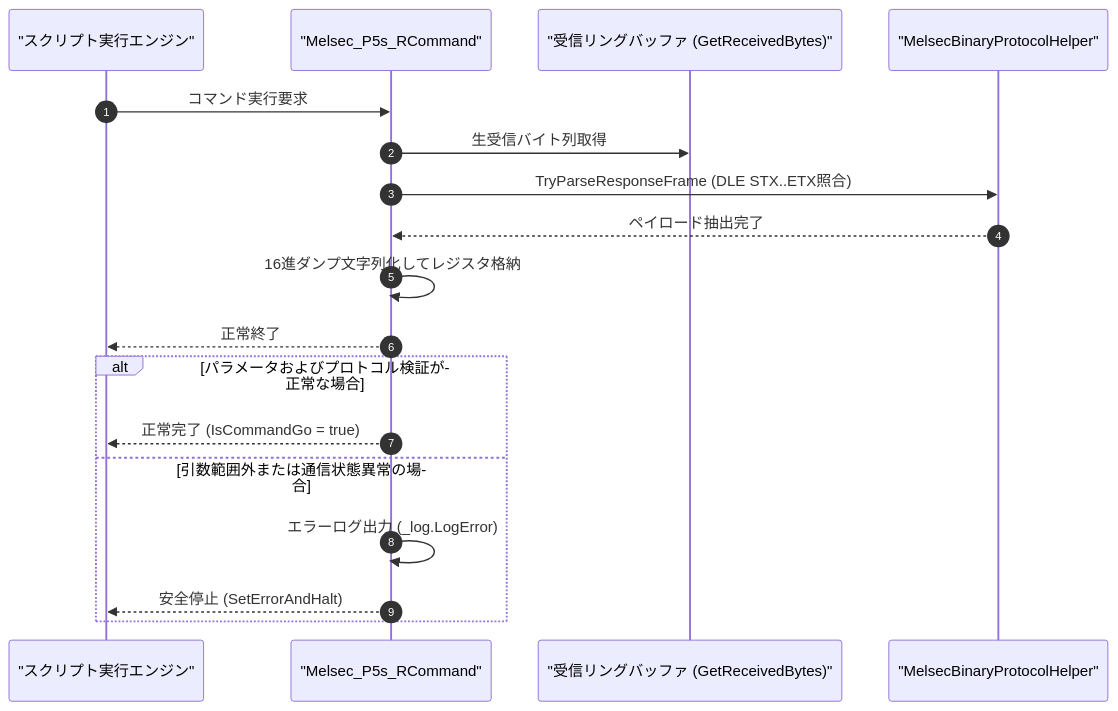
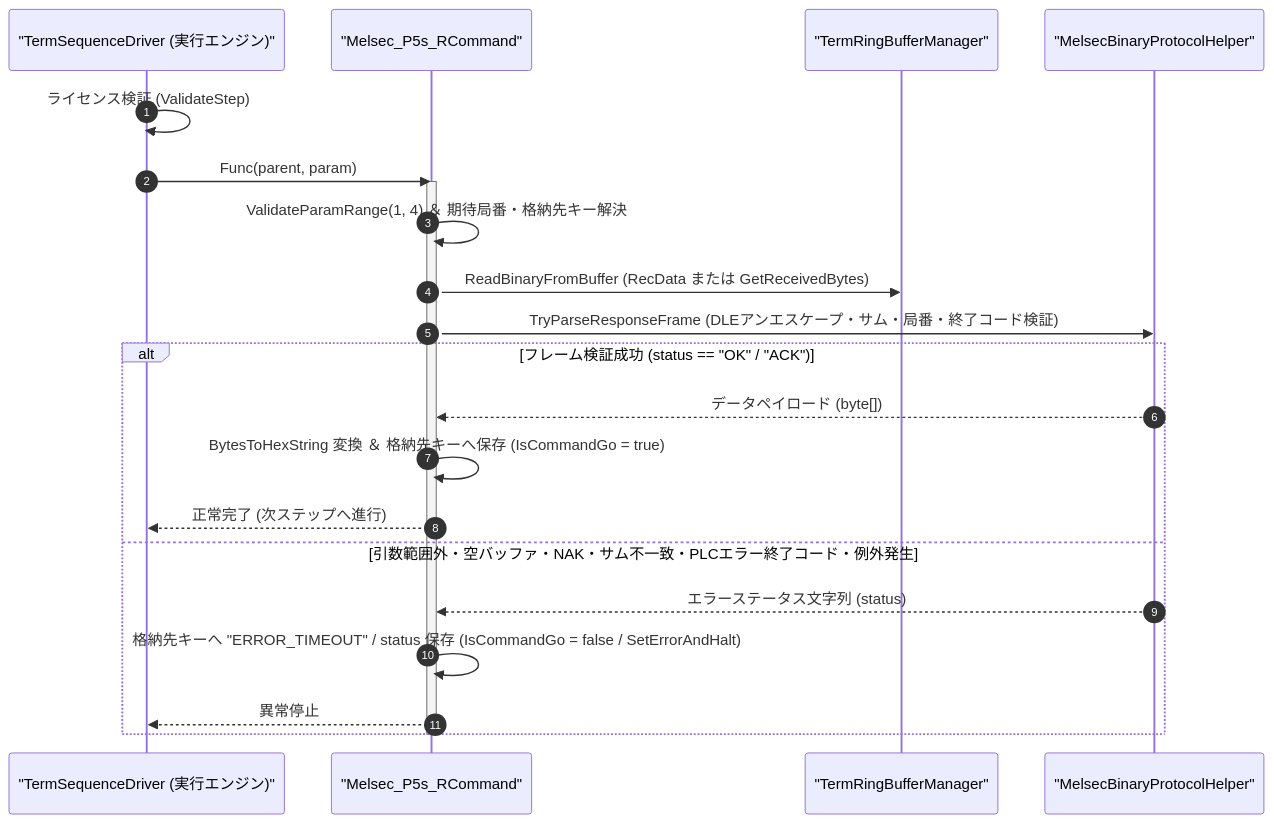
One commit to Monaca-App/TermAddIn changed the diagram in Manual/Melco/Melsec_P5s_R.Md. Above: the diagram before and after it, drawn with Mermaid. The commit also changed other lines of this file and 157 other files, not shown here.

````diff
--- a/Manual/Melco/Melsec_P5s_R.Md
+++ b/Manual/Melco/Melsec_P5s_R.Md
@@ -58,21 +70,25 @@
 ```mermaid
 sequenceDiagram
     autonumber
-    participant Script as "スクリプト実行エンジン"
+    participant Driver as "TermSequenceDriver (実行エンジン)"
     participant Cmd as "Melsec_P5s_RCommand"
-    participant Buffer as "受信リングバッファ (GetReceivedBytes)"
+    participant Buffer as "TermRingBufferManager"
     participant Helper as "MelsecBinaryProtocolHelper"
 
-    Script->>Cmd: コマンド実行要求
-    Cmd->>Buffer: 生受信バイト列取得
-    Cmd->>Helper: TryParseResponseFrame (DLE STX..ETX照合)
-    Helper-->>Cmd: ペイロード抽出完了
-    Cmd->>Cmd: 16進ダンプ文字列化してレジスタ格納
-    Cmd-->>Script: 正常終了
-    alt パラメータおよびプロトコル検証が正常な場合
-        Cmd-->>Script: 正常完了 (IsCommandGo = true)
-    else 引数範囲外または通信状態異常の場合
-        Cmd->>Cmd: エラーログ出力 (_log.LogError)
-        Cmd-->>Script: 安全停止 (SetErrorAndHalt)
+    Driver->>Driver: ライセンス検証 (ValidateStep)
+    Driver->>Cmd: Func(parent, param)
+    activate Cmd
+    Cmd->>Cmd: ValidateParamRange(1, 4) ＆ 期待局番・格納先キー解決
+    Cmd->>Buffer: ReadBinaryFromBuffer (RecData または GetReceivedBytes)
+    Cmd->>Helper: TryParseResponseFrame (DLEアンエスケープ・サム・局番・終了コード検証)
+    alt フレーム検証成功 (status == "OK" / "ACK")
+        Helper-->>Cmd: データペイロード (byte[])
+        Cmd->>Cmd: BytesToHexString 変換 ＆ 格納先キーへ保存 (IsCommandGo = true)
+        Cmd-->>Driver: 正常完了 (次ステップへ進行)
+    else 引数範囲外・空バッファ・NAK・サム不一致・PLCエラー終了コード・例外発生
+        Helper-->>Cmd: エラーステータス文字列 (status)
+        Cmd->>Cmd: 格納先キーへ "ERROR_TIMEOUT" / status 保存 (IsCommandGo = false / SetErrorAndHalt)
+        Cmd-->>Driver: 異常停止
     end
+    deactivate Cmd
 ```
````
